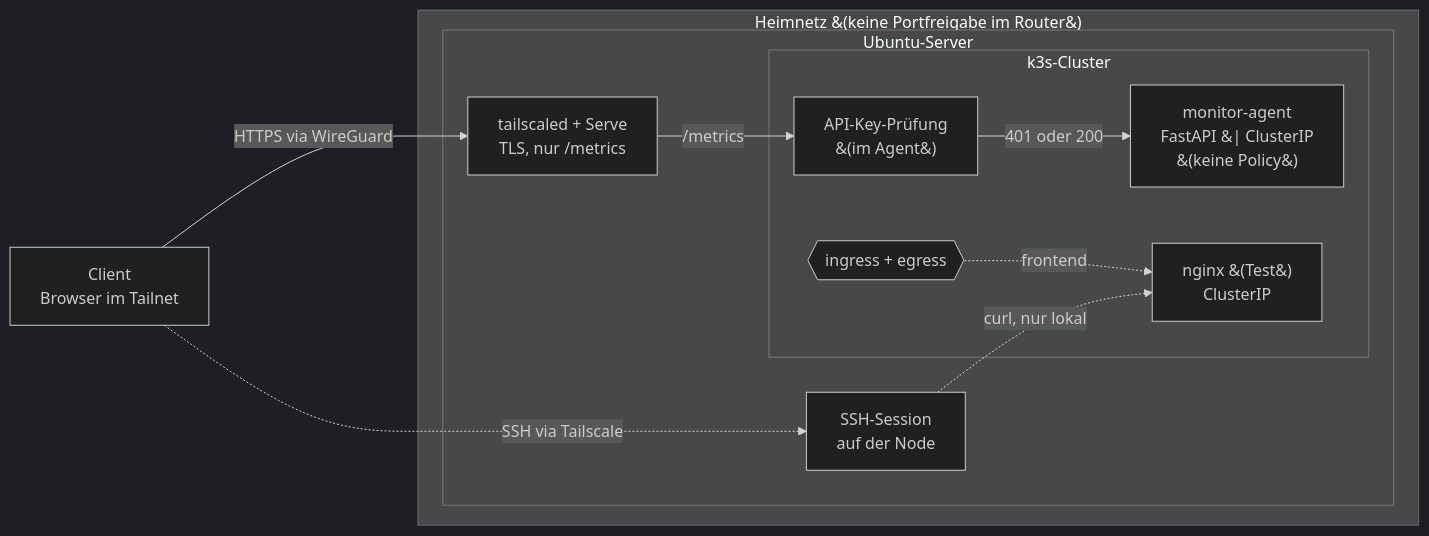
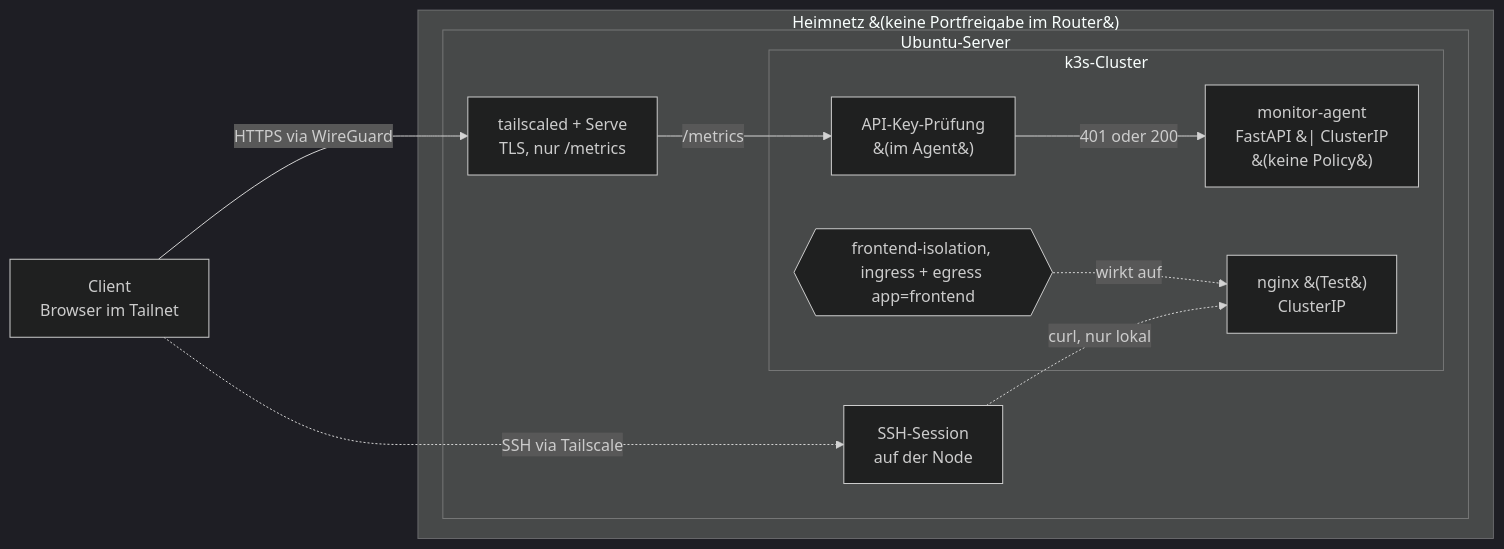
One commit to headnutAi/secure-homelab changed the diagram in README.md. Above: the diagram before and after it, drawn with Mermaid (dark theme).

Commit message:
Update network policy for frontend isolation

````diff
--- a/README.md
+++ b/README.md
@@ -31,27 +31,27 @@
 ```mermaid
 flowchart LR
     client["Client<br/>Browser im Tailnet"]
 
     subgraph home["Heimnetz &#40;keine Portfreigabe im Router&#41;"]
         subgraph host["Ubuntu-Server"]
             ts["tailscaled + Serve<br/>TLS, nur /metrics"]
             ssh["SSH-Session<br/>auf der Node"]
             
             subgraph k3s["k3s-Cluster"]
                 api["API-Key-Prüfung<br/>&#40;im Agent&#41;"]
                     nginx["nginx &#40;Test&#41;<br/>ClusterIP"]
-                    Networkpolicy{{"ingress + egress"}}
-                    Networkpolicy -.-> |"frontend"| nginx
+                    Networkpolicy{{"frontend-isolation, ingress + egress app=frontend"}}
+                    Networkpolicy -.-> |"wirkt auf"| nginx
                 
                 mon["monitor-agent<br/>FastAPI &#124; ClusterIP<br/>&#40;keine Policy&#41;"]
             end
 
             ts -->|"/metrics"| api
             api --> |"401 oder 200"| mon
             ssh -.->|"curl, nur lokal"| nginx
         end
     end
 
     client -->|"HTTPS via WireGuard"| ts
     client -.->|"SSH via Tailscale"| ssh
 ```
````
